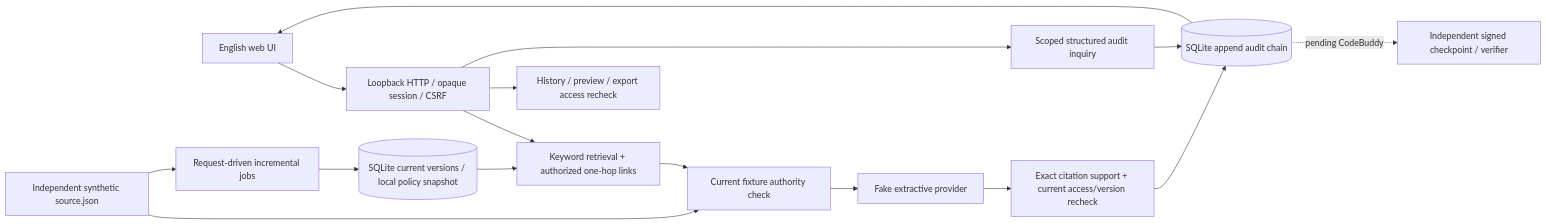
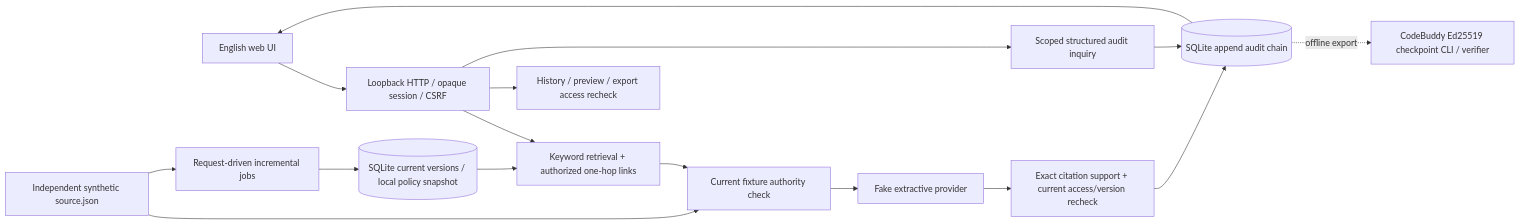
One commit to Stone441/AI-Bang2 changed the diagram in docs/IMPLEMENTED_ARCHITECTURE.md. Above: the diagram before and after it, drawn with Mermaid. The commit also changed other lines of this file and 31 other files, not shown here.

````diff
--- a/docs/IMPLEMENTED_ARCHITECTURE.md
+++ b/docs/IMPLEMENTED_ARCHITECTURE.md
@@ -5,18 +5,18 @@
 ```mermaid
 flowchart LR
   UI[English web UI] --> HTTP[Loopback HTTP / opaque session / CSRF]
   HTTP --> Query[Keyword retrieval + authorized one-hop links]
   Query --> ACL[Current fixture authority check]
   Index[(SQLite current versions / local policy snapshot)] --> Query
   Source[Independent synthetic source.json] --> ACL
   Source --> Sync[Request-driven incremental jobs]
   Sync --> Index
   ACL --> Model[Fake extractive provider]
   Model --> Guard[Exact citation support + current access/version recheck]
   Guard --> Audit[(SQLite append audit chain)]
   Audit --> UI
   HTTP --> History[History / preview / export access recheck]
   HTTP --> Inquiry[Scoped structured audit inquiry]
   Inquiry --> Audit
-  Audit -. pending CodeBuddy .-> Signature[Independent signed checkpoint / verifier]
+  Audit -. offline export .-> Signature[CodeBuddy Ed25519 checkpoint CLI / verifier]
 ```
````
